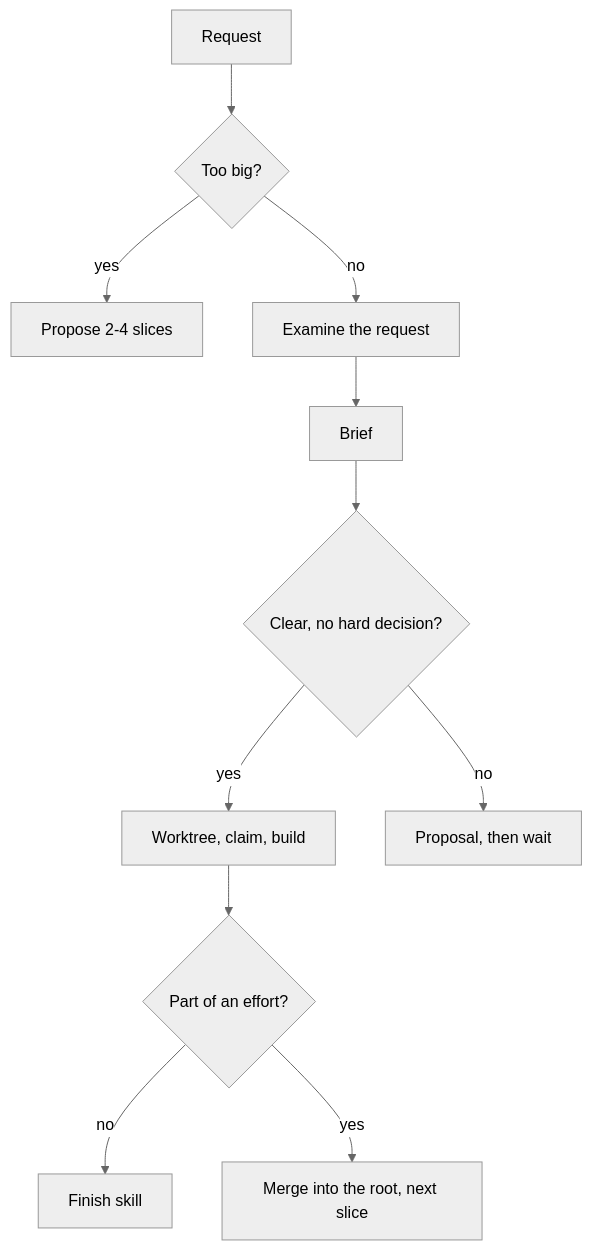
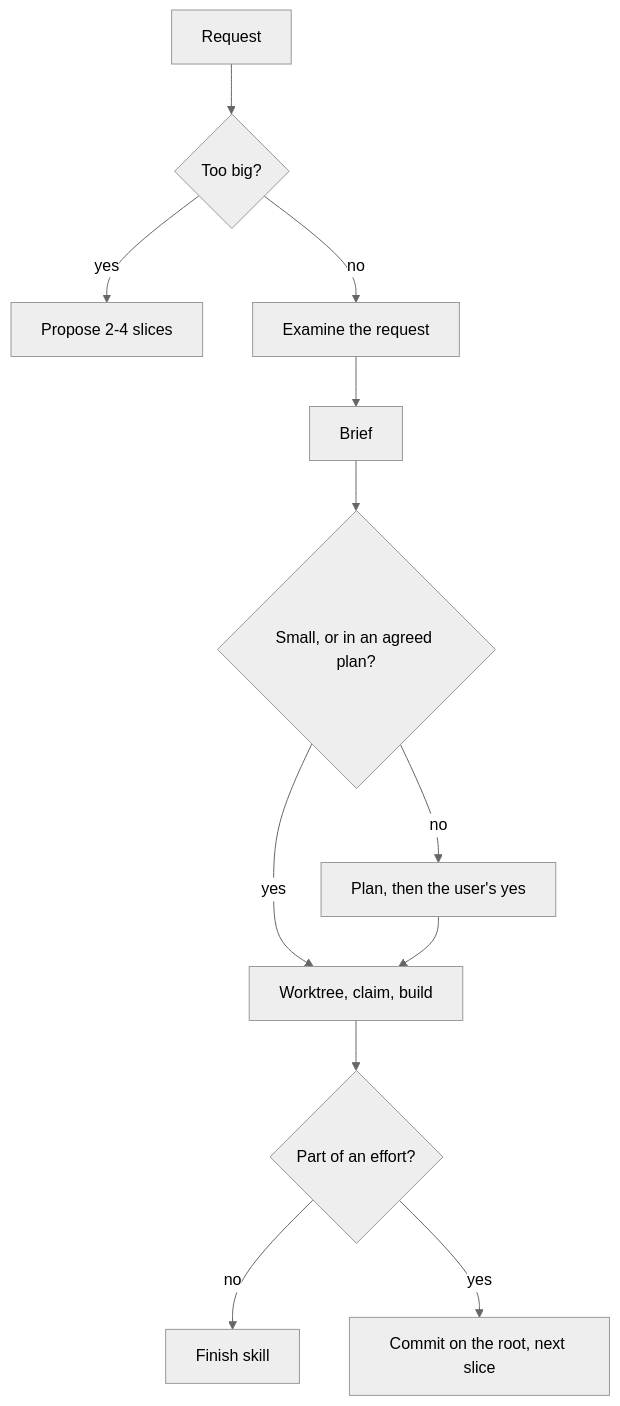
Before and after one commit to Konfus-org/Magic: the diagram in docs/skills/slice/SKILL.md, drawn with Mermaid (neutral theme). The commit also changed other lines of this file and 24 other files, not shown here.

````diff
--- a/docs/skills/slice/SKILL.md
+++ b/docs/skills/slice/SKILL.md
@@ -12,12 +12,12 @@
 ```mermaid
 flowchart TD
     Request --> Size{Too big?}
     Size -- yes --> Split[Propose 2-4 slices]
     Size -- no --> Check[Examine the request] --> Brief
-    Brief --> Clear{Clear, no hard decision?}
-    Clear -- yes --> Build[Worktree, claim, build]
-    Clear -- no --> Proposal[Proposal, then wait]
+    Brief --> Agreed{Small, or in an agreed plan?}
+    Agreed -- yes --> Build[Worktree, claim, build]
+    Agreed -- no --> Plan[Plan, then the user's yes] --> Build
     Build --> One{Part of an effort?}
     One -- no --> Finish[Finish skill]
-    One -- yes --> Root[Merge into the root, next slice]
+    One -- yes --> Root[Commit on the root, next slice]
 ```
````
